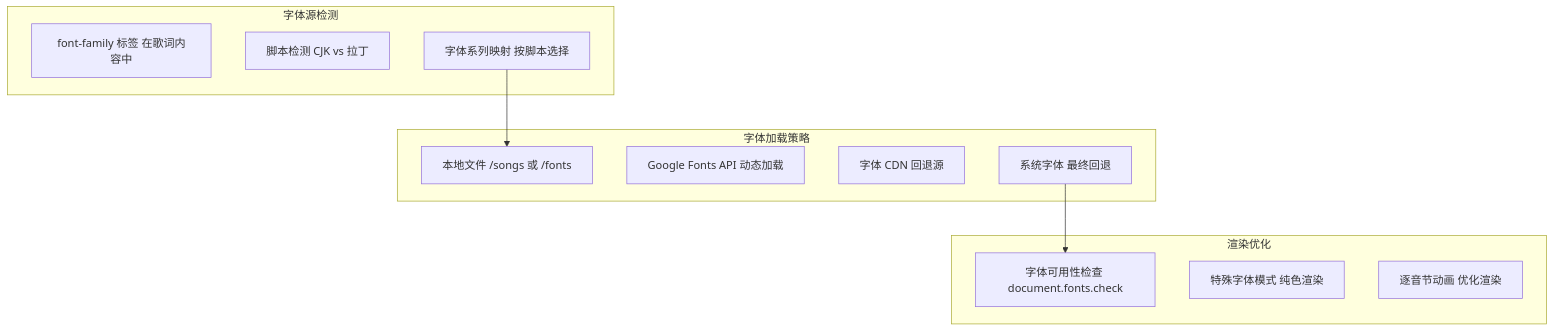
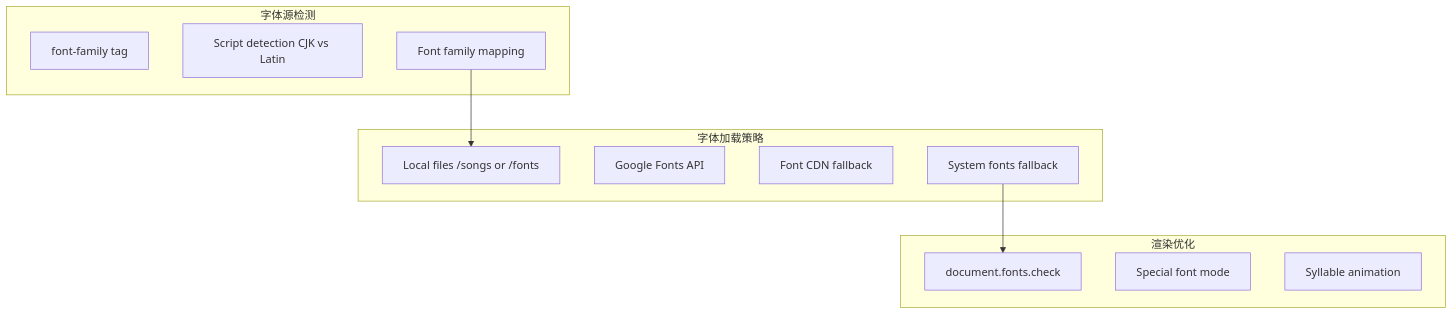
Before and after one commit to HKLHaoBin/LyricSphere: diagram 13 of 44 in README.md, drawn with Mermaid. The commit also changed other lines of this file, not shown here.

First line of the commit message:
docs: 更新流程图中的中文标签为英文并优化格式

````diff
--- a/README.md
+++ b/README.md
@@ -1030,35 +1033,35 @@
 ```mermaid
 flowchart TD
-    FontMetaTag["font-family 标签 在歌词内容中"]
-    ScriptDetection["脚本检测 CJK vs 拉丁"]
-    FontMapping["字体系列映射 按脚本选择"]
-    LocalFonts["本地文件 /songs 或 /fonts"]
-    GoogleFonts["Google Fonts API 动态加载"]
-    CDNFonts["字体 CDN 回退源"]
-    SystemFonts["系统字体 最终回退"]
-    AvailabilityCheck["字体可用性检查 document.fonts.check"]
-    SpecialFontMode["特殊字体模式 纯色渲染"]
-    SyllableAnimation["逐音节动画 优化渲染"]
+    FontMetaTag["font-family tag"]
+    ScriptDetection["Script detection CJK vs Latin"]
+    FontMapping["Font family mapping"]
+    LocalFonts["Local files /songs or /fonts"]
+    GoogleFonts["Google Fonts API"]
+    CDNFonts["Font CDN fallback"]
+    SystemFonts["System fonts fallback"]
+    AvailabilityCheck["document.fonts.check"]
+    SpecialFontMode["Special font mode"]
+    SyllableAnimation["Syllable animation"]
 
     FontMapping --> LocalFonts
     SystemFonts --> AvailabilityCheck
 
     subgraph RenderingOptimization[渲染优化]
         AvailabilityCheck
         SpecialFontMode
         SyllableAnimation
     end
 
     subgraph FontLoadingStrategy[字体加载策略]
         LocalFonts
         GoogleFonts
         CDNFonts
         SystemFonts
     end
 
     subgraph FontSourceDetection[字体源检测]
         FontMetaTag
         ScriptDetection
         FontMapping
     end
 ```
````
